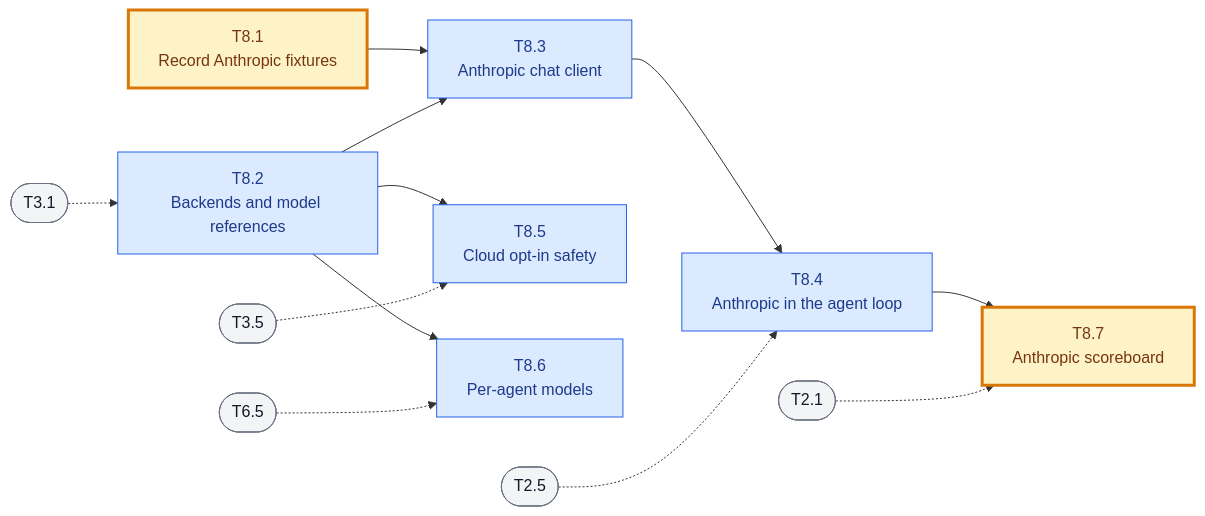
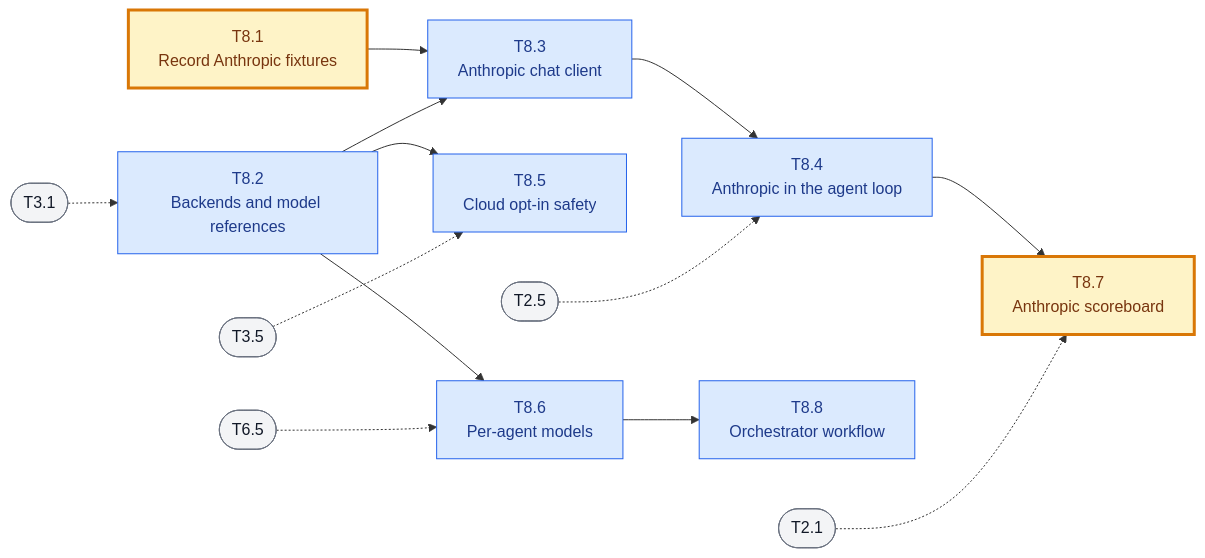
One commit to fzzinchemical/Praxis changed the ninth of 9 diagrams in docs/TASKS.md. Above: the diagram before and after it, drawn with Mermaid. The commit also changed other lines of this file and 4 other files, not shown here.

First line of the commit message:
docs: add orchestrator workflow with local workers (ADR 0005)

````diff
--- a/docs/TASKS.md
+++ b/docs/TASKS.md
@@ -614,33 +614,35 @@
 ```mermaid
 flowchart LR
     T8_1["T8.1<br/>Record Anthropic fixtures"]
     T8_2["T8.2<br/>Backends and model references"]
     T8_3["T8.3<br/>Anthropic chat client"]
     T8_4["T8.4<br/>Anthropic in the agent loop"]
     T8_5["T8.5<br/>Cloud opt-in safety"]
     T8_6["T8.6<br/>Per-agent models"]
     T8_7["T8.7<br/>Anthropic scoreboard"]
+    T8_8["T8.8<br/>Orchestrator workflow"]
     T2_1(["T2.1"])
     T2_5(["T2.5"])
     T3_1(["T3.1"])
     T3_5(["T3.5"])
     T6_5(["T6.5"])
     T3_1 -.-> T8_2
     T8_1 --> T8_3
     T8_2 --> T8_3
     T8_3 --> T8_4
     T2_5 -.-> T8_4
     T8_2 --> T8_5
     T3_5 -.-> T8_5
     T8_2 --> T8_6
     T6_5 -.-> T8_6
     T8_4 --> T8_7
     T2_1 -.-> T8_7
+    T8_6 --> T8_8
 
     classDef task fill:#dbeafe,stroke:#2563eb,color:#1e3a8a
     classDef human fill:#fef3c7,stroke:#d97706,color:#78350f,stroke-width:3px
     classDef other fill:#f3f4f6,stroke:#6b7280,color:#111827
-    class T8_2,T8_3,T8_4,T8_5,T8_6 task
+    class T8_2,T8_3,T8_4,T8_5,T8_6,T8_8 task
     class T8_1,T8_7 human
     class T2_1,T2_5,T3_1,T3_5,T6_5 other
 ```
````
